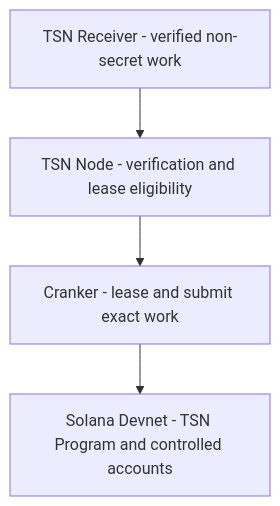
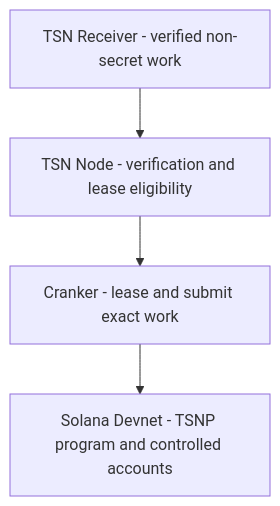
The first of 2 diagrams in docs/CRANKER-OPERATOR-GUIDE.md (bigdreamsweb3/trustlink-pay), drawn with Mermaid before and after one commit. The commit also changed other lines of this file and 88 other files, not shown here.

````diff
--- a/docs/CRANKER-OPERATOR-GUIDE.md
+++ b/docs/CRANKER-OPERATOR-GUIDE.md
@@ -19,8 +19,8 @@
 ```mermaid
 flowchart TD
     R["TSN Receiver - verified non-secret work"]
     N["TSN Node - verification and lease eligibility"]
     C["Cranker - lease and submit exact work"]
-    S["Solana Devnet - TSN Program and controlled accounts"]
+    S["Solana Devnet - TSNP program and controlled accounts"]
     R --> N --> C --> S
 ```
````
